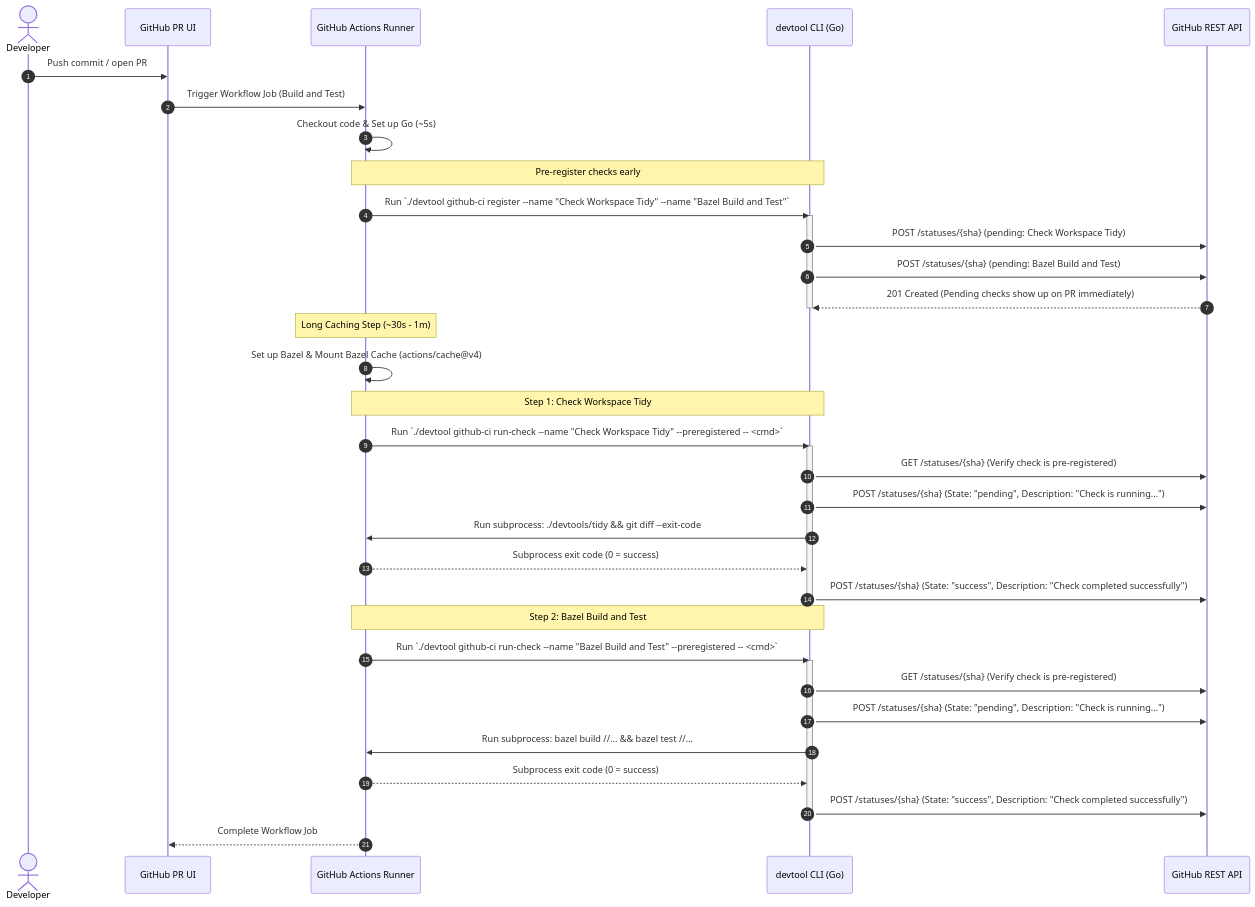
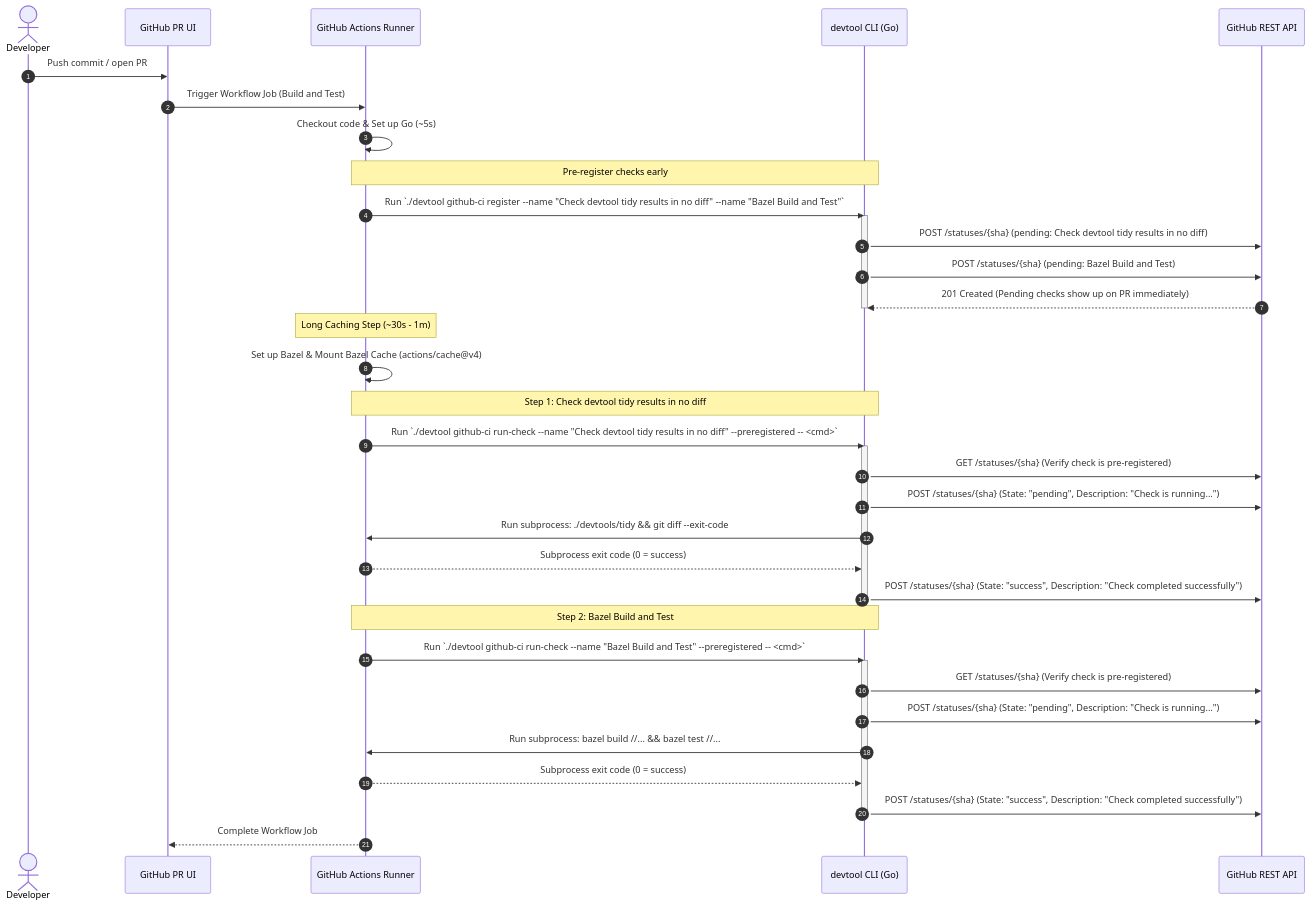
Before and after one commit to gonzojive/webcad: the diagram in .github/workflows/README.md, drawn with Mermaid. The commit also changed other lines of this file and 1 other file, not shown here.

Commit message:
fix(ci): rename workspace tidy check to be more precise: Check devtool tidy results in no diff

````diff
--- a/.github/workflows/README.md
+++ b/.github/workflows/README.md
@@ -24,47 +24,47 @@
 ```mermaid
 sequenceDiagram
     autonumber
     actor Developer
     participant GitHub as GitHub PR UI
     participant runner as GitHub Actions Runner
     participant devtool as devtool CLI (Go)
     participant GH_API as GitHub REST API
 
     Developer->>GitHub: Push commit / open PR
     GitHub->>runner: Trigger Workflow Job (Build and Test)
     
     runner->>runner: Checkout code & Set up Go (~5s)
     
     note over runner, devtool: Pre-register checks early
-    runner->>devtool: Run `./devtool github-ci register --name "Check Workspace Tidy" --name "Bazel Build and Test"`
+    runner->>devtool: Run `./devtool github-ci register --name "Check devtool tidy results in no diff" --name "Bazel Build and Test"`
     activate devtool
-    devtool->>GH_API: POST /statuses/{sha} (pending: Check Workspace Tidy)
+    devtool->>GH_API: POST /statuses/{sha} (pending: Check devtool tidy results in no diff)
     devtool->>GH_API: POST /statuses/{sha} (pending: Bazel Build and Test)
     GH_API-->>devtool: 201 Created (Pending checks show up on PR immediately)
     deactivate devtool
     
     note over runner: Long Caching Step (~30s - 1m)
     runner->>runner: Set up Bazel & Mount Bazel Cache (actions/cache@v4)
     
-    note over runner, devtool: Step 1: Check Workspace Tidy
-    runner->>devtool: Run `./devtool github-ci run-check --name "Check Workspace Tidy" --preregistered -- <cmd>`
+    note over runner, devtool: Step 1: Check devtool tidy results in no diff
+    runner->>devtool: Run `./devtool github-ci run-check --name "Check devtool tidy results in no diff" --preregistered -- <cmd>`
     activate devtool
     devtool->>GH_API: GET /statuses/{sha} (Verify check is pre-registered)
     devtool->>GH_API: POST /statuses/{sha} (State: "pending", Description: "Check is running...")
     devtool->>runner: Run subprocess: ./devtools/tidy && git diff --exit-code
     runner-->>devtool: Subprocess exit code (0 = success)
     devtool->>GH_API: POST /statuses/{sha} (State: "success", Description: "Check completed successfully")
     deactivate devtool
 
     note over runner, devtool: Step 2: Bazel Build and Test
     runner->>devtool: Run `./devtool github-ci run-check --name "Bazel Build and Test" --preregistered -- <cmd>`
     activate devtool
     devtool->>GH_API: GET /statuses/{sha} (Verify check is pre-registered)
     devtool->>GH_API: POST /statuses/{sha} (State: "pending", Description: "Check is running...")
     devtool->>runner: Run subprocess: bazel build //... && bazel test //...
     runner-->>devtool: Subprocess exit code (0 = success)
     devtool->>GH_API: POST /statuses/{sha} (State: "success", Description: "Check completed successfully")
     deactivate devtool
     
     runner-->>GitHub: Complete Workflow Job
 ```
````
